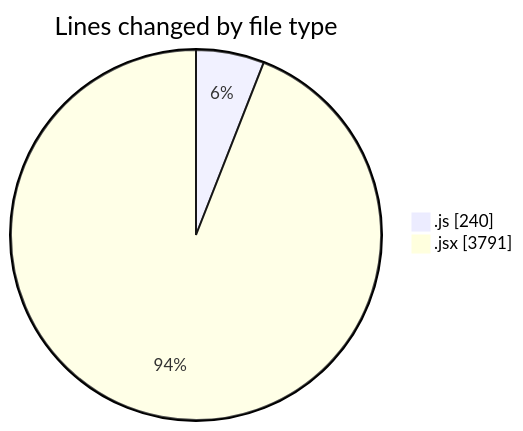
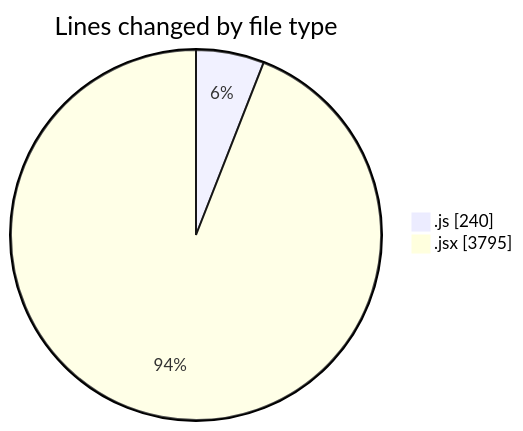
Before and after one commit to nxtqubesakshisongat/code-tracking: the first of 2 diagrams in 2026-01-19/nxtqube_webapp/README.md, drawn with Mermaid. The commit also changed other lines of this file and 1 other file, not shown here.

````diff
--- a/2026-01-19/nxtqube_webapp/README.md
+++ b/2026-01-19/nxtqube_webapp/README.md
@@ -27,6 +27,6 @@
 ```mermaid
 pie showData
 title Lines changed by file type
 ".js" : 240
-".jsx" : 3791
+".jsx" : 3795
 ```
````
